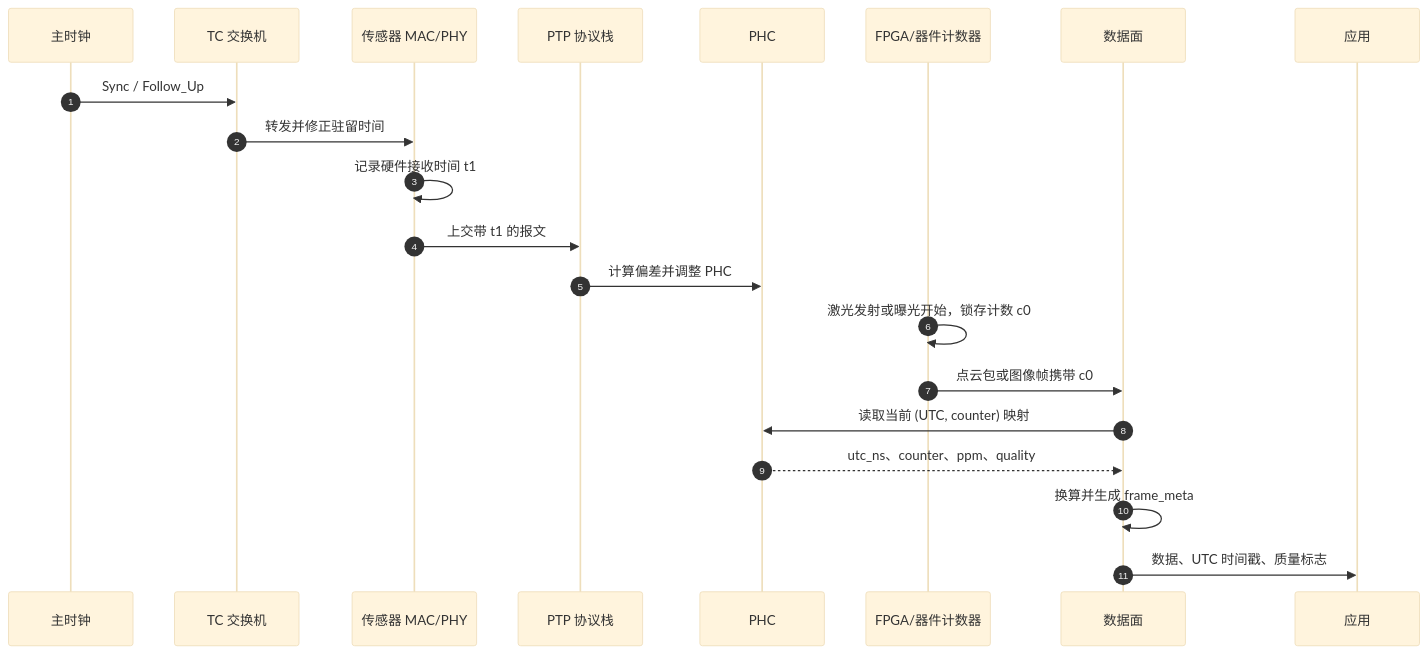
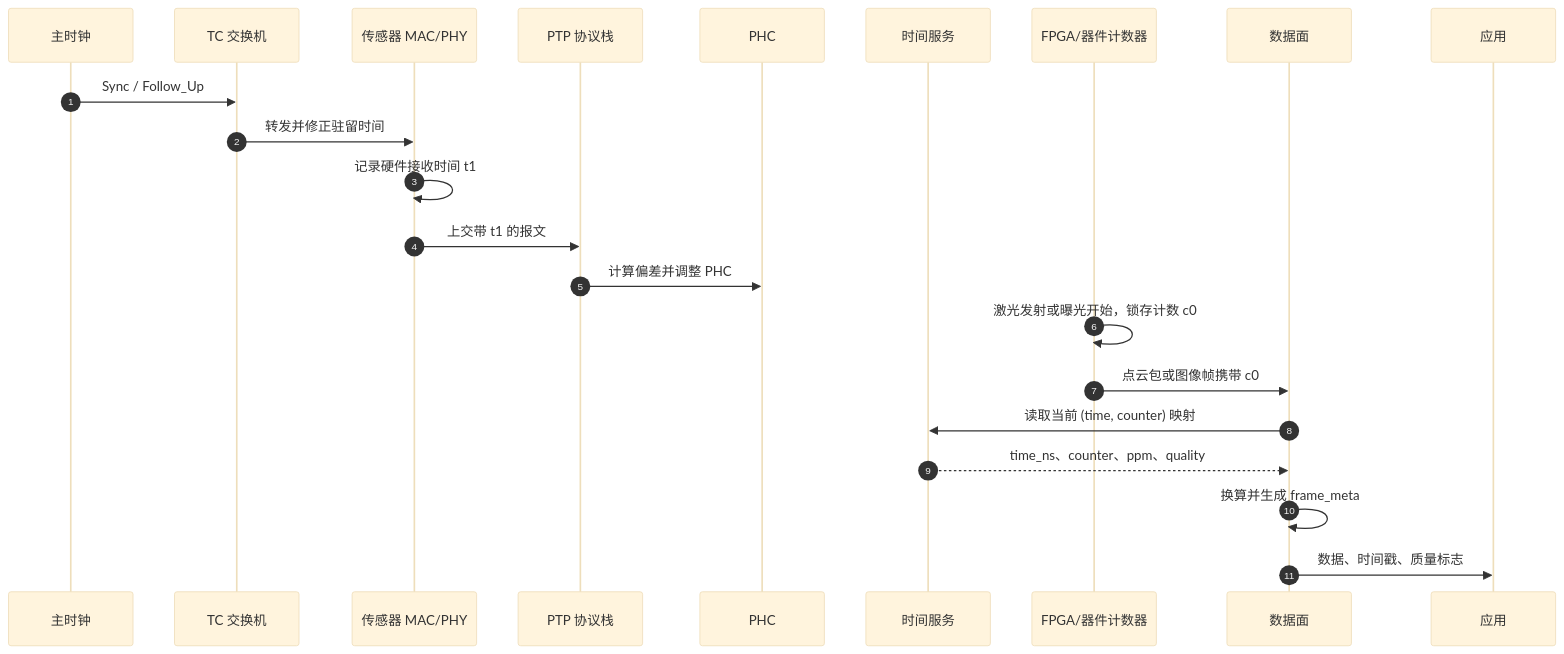
Before and after one commit to DeguiLiu/tech-notes: the third of 5 diagrams in content/posts/architecture/ptp_network_module_design.md, drawn with Mermaid (base theme). The commit also changed other lines of this file, not shown here.

````diff
--- a/content/posts/architecture/ptp_network_module_design.md
+++ b/content/posts/architecture/ptp_network_module_design.md
@@ -323,24 +356,25 @@
 ```mermaid
 sequenceDiagram
     autonumber
     participant M as 主时钟
     participant SW as TC 交换机
     participant N as 传感器 MAC/PHY
     participant P as PTP 协议栈
     participant PH as PHC
+    participant TS as 时间服务
     participant F as FPGA/器件计数器
     participant D as 数据面
     participant A as 应用
 
     M->>SW: Sync / Follow_Up
     SW->>N: 转发并修正驻留时间
     N->>N: 记录硬件接收时间 t1
     N->>P: 上交带 t1 的报文
     P->>PH: 计算偏差并调整 PHC
     F->>F: 激光发射或曝光开始，锁存计数 c0
     F->>D: 点云包或图像帧携带 c0
-    D->>PH: 读取当前 (UTC, counter) 映射
-    PH-->>D: utc_ns、counter、ppm、quality
+    D->>TS: 读取当前 (time, counter) 映射
+    TS-->>D: time_ns、counter、ppm、quality
     D->>D: 换算并生成 frame_meta
-    D->>A: 数据、UTC 时间戳、质量标志
+    D->>A: 数据、时间戳、质量标志
 ```
````
